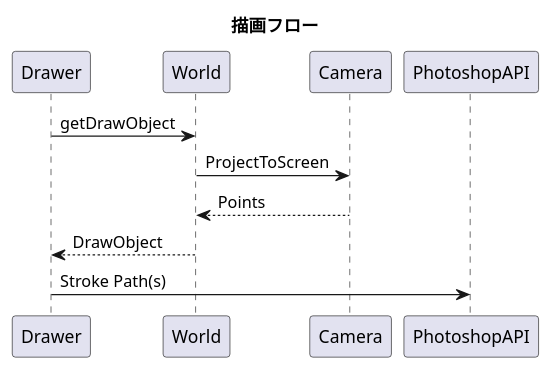
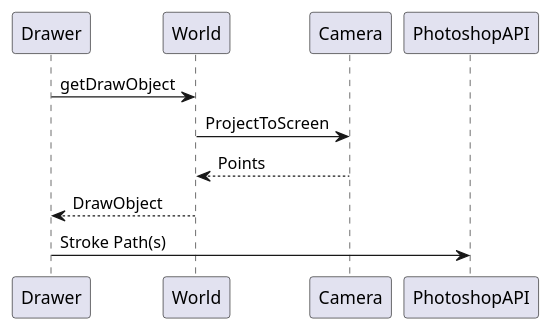
Before and after one commit to takiren/ExtendYourPerspectives: the diagram in graph/DrawSequence.pu, drawn with PlantUML. The commit also changed 5 other files, not shown here.

```diff
--- a/graph/DrawSequence.pu
+++ b/graph/DrawSequence.pu
@@ -1,10 +1,9 @@
 @startuml drawSequence
-title 描画フロー
 Drawer->World: getDrawObject
 World -> Camera : ProjectToScreen
 Camera -->World : Points
 World -->Drawer : DrawObject
 
 Drawer -> PhotoshopAPI : Stroke Path(s)
 
 @enduml
```
